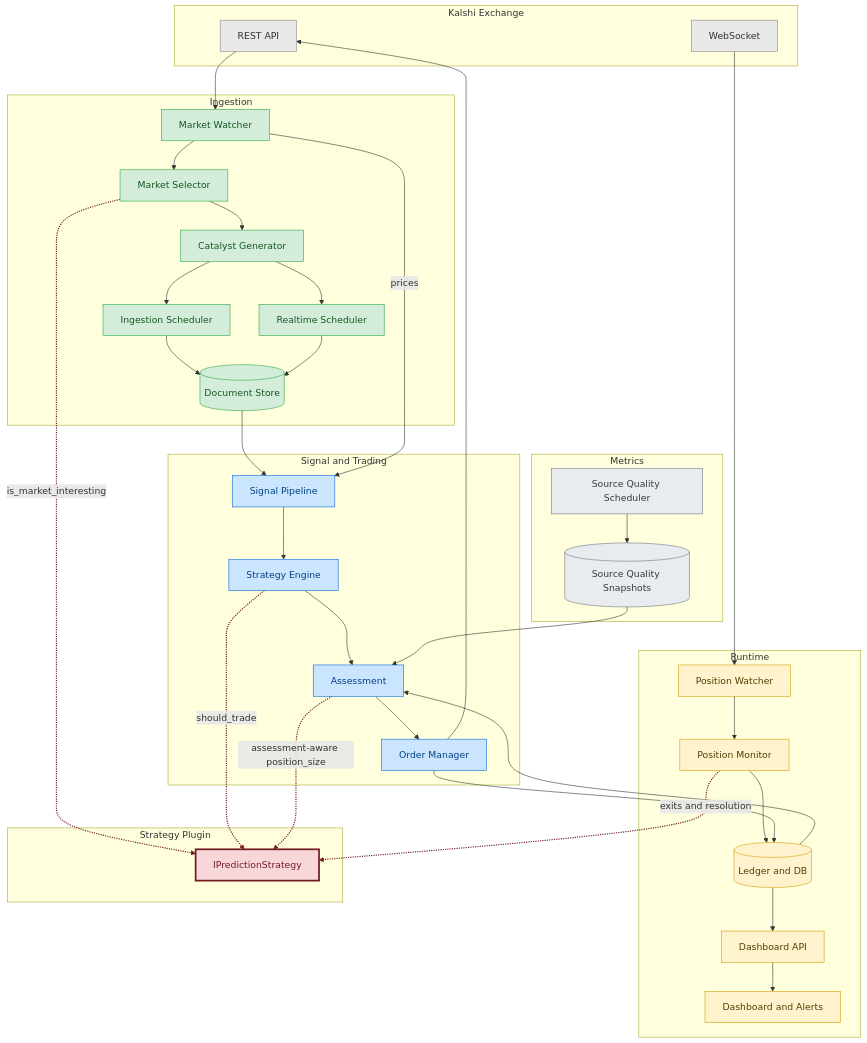
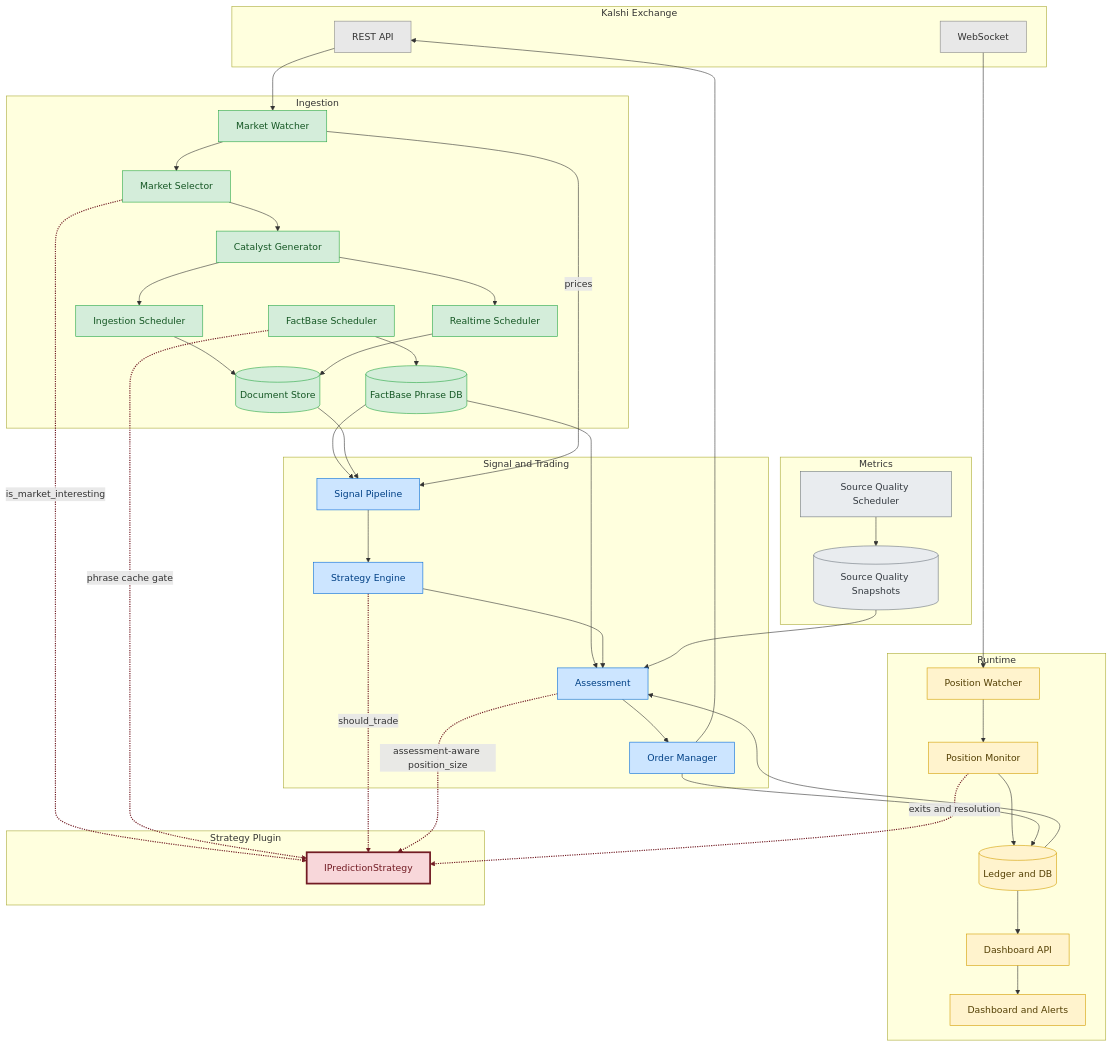
The diagram in README.md (ostersc/freqpred), drawn with Mermaid before and after one commit. The commit also changed 18 other files, not shown here.

First line of the commit message:
feat: T73 FactBase phrase frequency gate + signal enrichment for KXTRUMPSAY

````diff
--- a/README.md
+++ b/README.md
@@ -105,7 +105,9 @@
         CG[Catalyst Generator]
         IS[Ingestion Scheduler]
         RS[Realtime Scheduler]
+        FB[FactBase Scheduler]
         DS[(Document Store)]
+        FBD[(FactBase Phrase DB)]
     end
 
     subgraph Metrics[Metrics]
@@ -139,6 +141,9 @@
     CG --> RS
     IS --> DS
     RS --> DS
+    FB --> FBD
+    FBD --> SP
+    FBD --> AS
     DS --> SP
     MW -->|prices| SP
     SP --> SE
@@ -155,6 +160,7 @@
     API --> UI
     SQS --> SQ
     MS -. is_market_interesting .-> STRAT
+    FB -. phrase cache gate .-> STRAT
     SE -. should_trade .-> STRAT
     AS -. assessment-aware position_size .-> STRAT
     PM -. exits and resolution .-> STRAT
@@ -167,14 +173,15 @@
     classDef strategy fill:#f8d7da,stroke:#721c24,stroke-width:3px,color:#721c24
 
     class KREST,KWS exchange
-    class MW,MS,CG,IS,RS,DS ingestion
+    class MW,MS,CG,IS,RS,FB,DS,FBD ingestion
     class SQS,SQ metrics
     class SP,SE,AS,OM signal
     class PW,PM,L,API,UI position
     class STRAT strategy
 
-    linkStyle 22 stroke:#721c24,stroke-width:2px
-    linkStyle 23 stroke:#721c24,stroke-width:2px
-    linkStyle 24 stroke:#721c24,stroke-width:2px
     linkStyle 25 stroke:#721c24,stroke-width:2px
+    linkStyle 26 stroke:#721c24,stroke-width:2px
+    linkStyle 27 stroke:#721c24,stroke-width:2px
+    linkStyle 28 stroke:#721c24,stroke-width:2px
+    linkStyle 29 stroke:#721c24,stroke-width:2px
 ```
````
